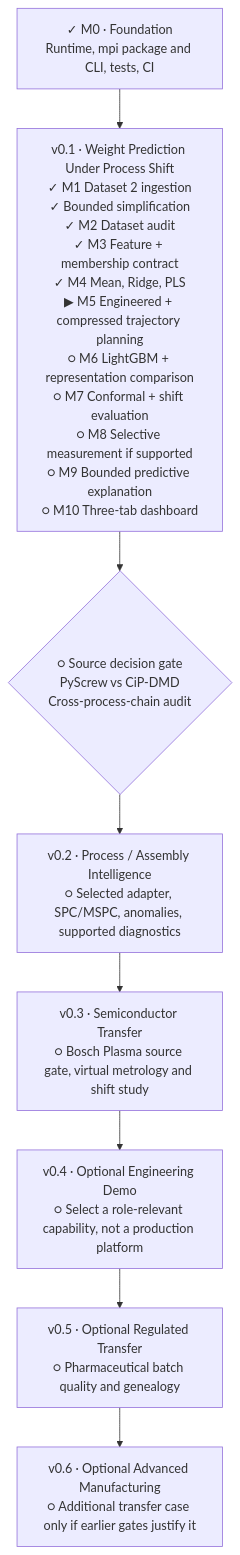
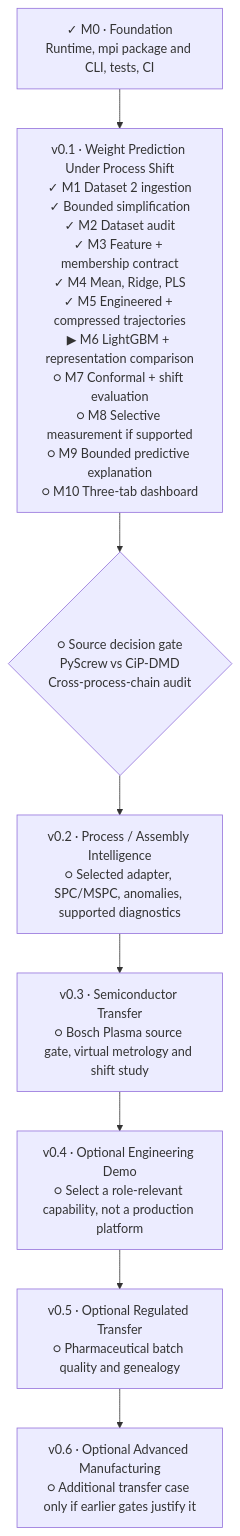
Before and after one commit to stevennitesh/manufacturing-process-intelligence: the diagram in docs/implementation-roadmap.md, drawn with Mermaid. The commit also changed other lines of this file and 6 other files, not shown here.

Commit message:
Add M5 trajectory representation benchmarks

````diff
--- a/docs/implementation-roadmap.md
+++ b/docs/implementation-roadmap.md
@@ -37,15 +38,15 @@
 ```mermaid
 flowchart TB
     F["✓ M0 · Foundation<br/>Runtime, mpi package and CLI, tests, CI"]
 
-    MVP["v0.1 · Weight Prediction Under Process Shift<br/>✓ M1 Dataset 2 ingestion<br/>✓ Bounded simplification<br/>✓ M2 Dataset audit<br/>✓ M3 Feature + membership contract<br/>✓ M4 Mean, Ridge, PLS<br/>▶ M5 Engineered + compressed trajectory planning<br/>○ M6 LightGBM + representation comparison<br/>○ M7 Conformal + shift evaluation<br/>○ M8 Selective measurement if supported<br/>○ M9 Bounded predictive explanation<br/>○ M10 Three-tab dashboard"]
+    MVP["v0.1 · Weight Prediction Under Process Shift<br/>✓ M1 Dataset 2 ingestion<br/>✓ Bounded simplification<br/>✓ M2 Dataset audit<br/>✓ M3 Feature + membership contract<br/>✓ M4 Mean, Ridge, PLS<br/>✓ M5 Engineered + compressed trajectories<br/>▶ M6 LightGBM + representation comparison<br/>○ M7 Conformal + shift evaluation<br/>○ M8 Selective measurement if supported<br/>○ M9 Bounded predictive explanation<br/>○ M10 Three-tab dashboard"]
 
     AUDIT{"○ Source decision gate<br/>PyScrew vs CiP-DMD<br/>Cross-process-chain audit"}
     PI["v0.2 · Process / Assembly Intelligence<br/>○ Selected adapter, SPC/MSPC, anomalies, supported diagnostics"]
     SEMI["v0.3 · Semiconductor Transfer<br/>○ Bosch Plasma source gate, virtual metrology and shift study"]
     PROD["v0.4 · Optional Engineering Demo<br/>○ Select a role-relevant capability, not a production platform"]
     PHARMA["v0.5 · Optional Regulated Transfer<br/>○ Pharmaceutical batch quality and genealogy"]
     ADV["v0.6 · Optional Advanced Manufacturing<br/>○ Additional transfer case only if earlier gates justify it"]
 
     F --> MVP --> AUDIT --> PI --> SEMI --> PROD --> PHARMA --> ADV
 ```
````
